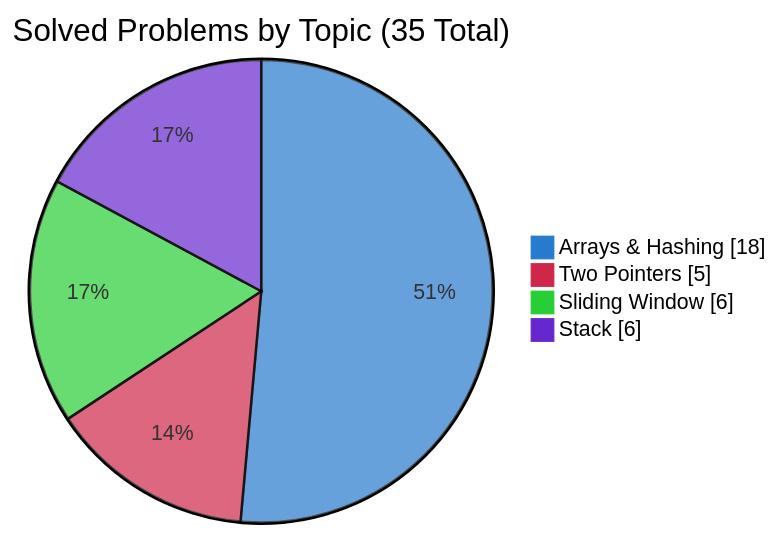
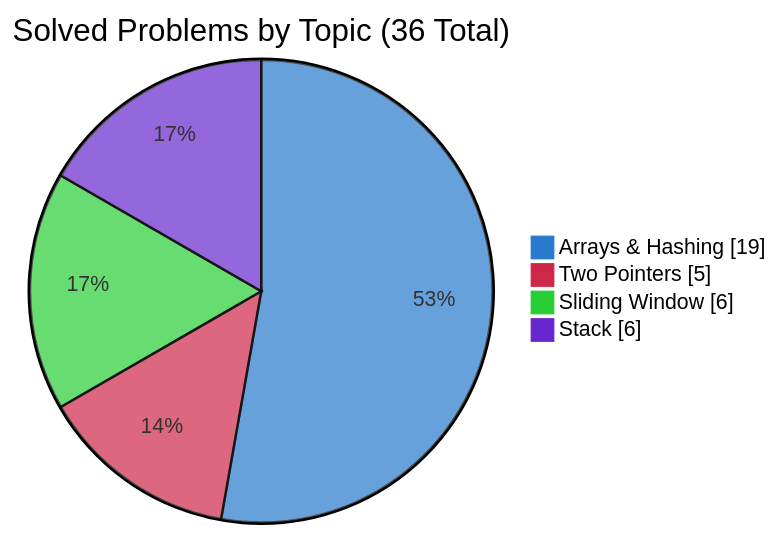
The second of 3 diagrams in README.md (simonesiega/leetcode-solutions), drawn with Mermaid before and after one commit. The commit also changed other lines of this file and 5 other files, not shown here.

````diff
--- a/README.md
+++ b/README.md
@@ -78,9 +78,9 @@
 ```mermaid
 %%{init: {"themeVariables":{"pie1":"#277ace","pie2":"#ce2748","pie3":"#27ce35","pie4":"#6727ce"},"themeCSS":".pieCircle:nth-of-type(1){fill:#277ace!important}.legend:nth-of-type(2) rect{fill:#277ace!important;stroke:#277ace!important}.pieCircle:nth-of-type(2){fill:#ce2748!important}.legend:nth-of-type(3) rect{fill:#ce2748!important;stroke:#ce2748!important}.pieCircle:nth-of-type(3){fill:#27ce35!important}.legend:nth-of-type(4) rect{fill:#27ce35!important;stroke:#27ce35!important}.pieCircle:nth-of-type(4){fill:#6727ce!important}.legend:nth-of-type(5) rect{fill:#6727ce!important;stroke:#6727ce!important}"}}%%
 pie showData
-    title Solved Problems by Topic (35 Total)
-    "Arrays & Hashing" : 18
+    title Solved Problems by Topic (36 Total)
+    "Arrays & Hashing" : 19
     "Two Pointers" : 5
     "Sliding Window" : 6
     "Stack" : 6
 ```
````
